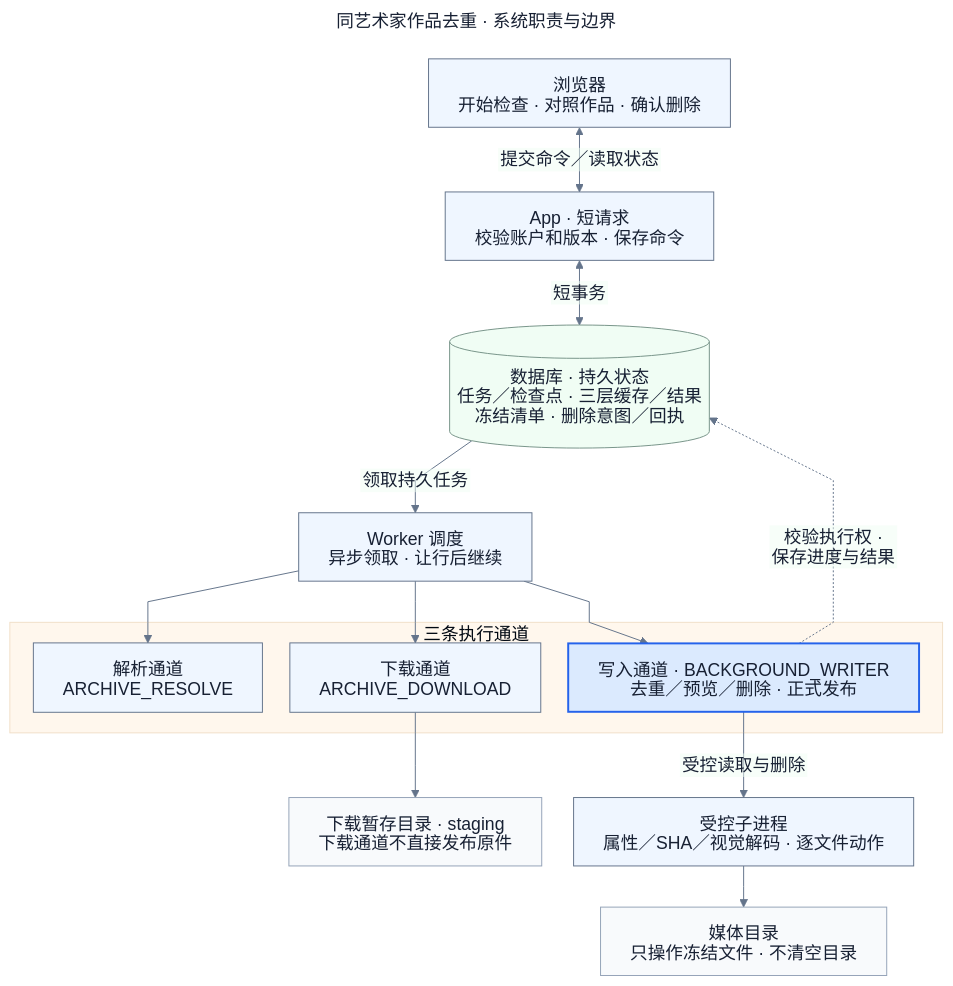
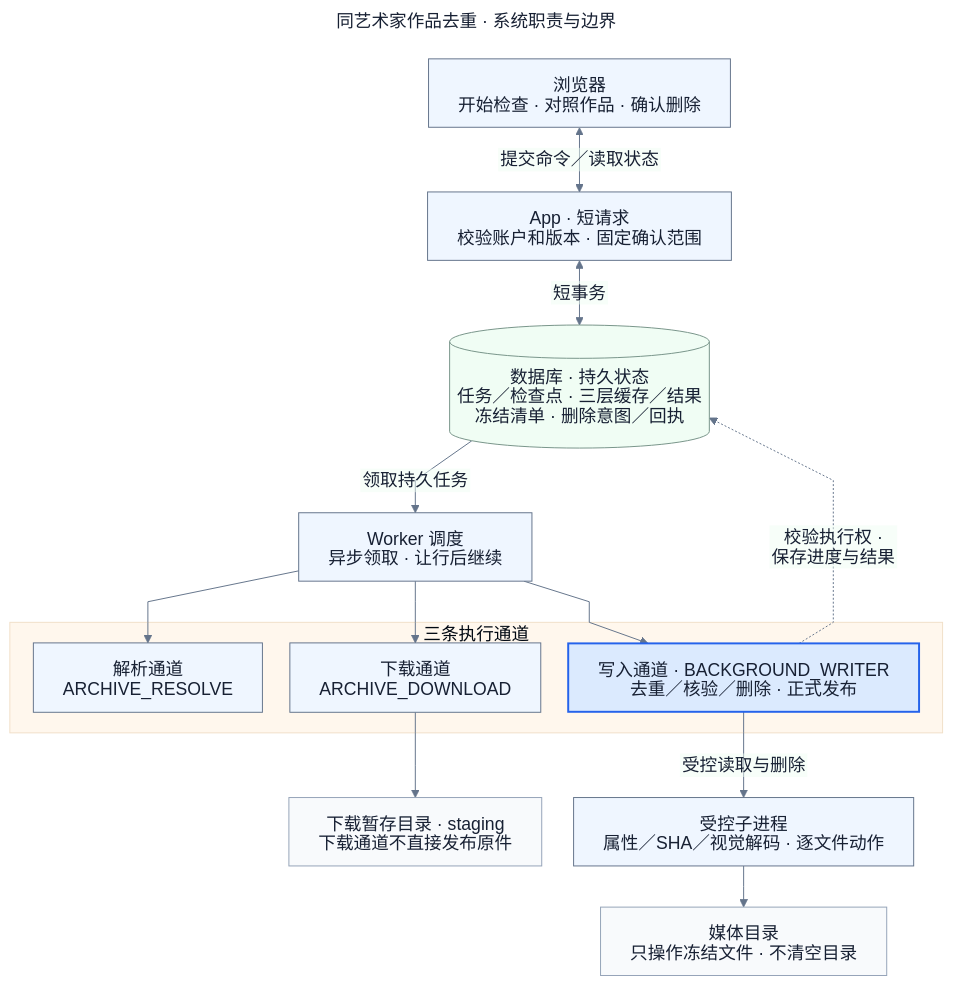
The diagram in docs/diagrams/features/artwork-deduplication/architecture.mmd (namehu/PixiShelf), drawn with Mermaid before and after one commit. The commit also changed 48 other files, not shown here.

```diff
--- a/docs/diagrams/features/artwork-deduplication/architecture.mmd
+++ b/docs/diagrams/features/artwork-deduplication/architecture.mmd
@@ -1,48 +1,48 @@
 ---
 config:
   theme: base
   htmlLabels: false
   themeVariables:
     fontFamily: 'Arial, PingFang SC, Microsoft YaHei, sans-serif'
     fontSize: 18px
     background: '#ffffff'
     primaryColor: '#eff6ff'
     primaryTextColor: '#172033'
     primaryBorderColor: '#64748b'
     lineColor: '#64748b'
     secondaryColor: '#f0fdf4'
     tertiaryColor: '#fff7ed'
   flowchart:
     htmlLabels: false
     curve: linear
     nodeSpacing: 28
     rankSpacing: 42
     wrappingWidth: 340
 title: 同艺术家作品去重 · 系统职责与边界
 ---
 flowchart TB
   A01[浏览器<br/>开始检查 · 对照作品 · 确认删除]
-  A02[App · 短请求<br/>校验账户和版本 · 保存命令]
+  A02[App · 短请求<br/>校验账户和版本 · 固定确认范围]
   A03[(数据库 · 持久状态<br/>任务／检查点 · 三层缓存／结果<br/>冻结清单 · 删除意图／回执)]
   A05[Worker 调度<br/>异步领取 · 让行后继续]
   subgraph Worker[三条执行通道]
     A06[解析通道<br/>ARCHIVE_RESOLVE]
     A07[下载通道<br/>ARCHIVE_DOWNLOAD]
-    A08[写入通道 · BACKGROUND_WRITER<br/>去重／预览／删除 · 正式发布]
+    A08[写入通道 · BACKGROUND_WRITER<br/>去重／核验／删除 · 正式发布]
   end
   A09[受控子进程<br/>属性／SHA／视觉解码 · 逐文件动作]
   A10[下载暂存目录 · staging<br/>下载通道不直接发布原件]
   A11[媒体目录<br/>只操作冻结文件 · 不清空目录]
   A01 <-->|提交命令／读取状态| A02
   A02 <-->|短事务| A03
   A03 -->|领取持久任务| A05
   A05 --> A06 & A07 & A08
   A07 --> A10
   A08 -->|受控读取与删除| A09 --> A11
   A08 -.->|校验执行权 · 保存进度与结果| A03
   classDef store fill:#f0fdf4,stroke:#779489
   classDef disk fill:#f8fafc,stroke:#94a3b8
   classDef writer fill:#dbeafe,stroke:#2563eb,stroke-width:2px
   class A03 store
   class A10,A11 disk
   class A08 writer
```
